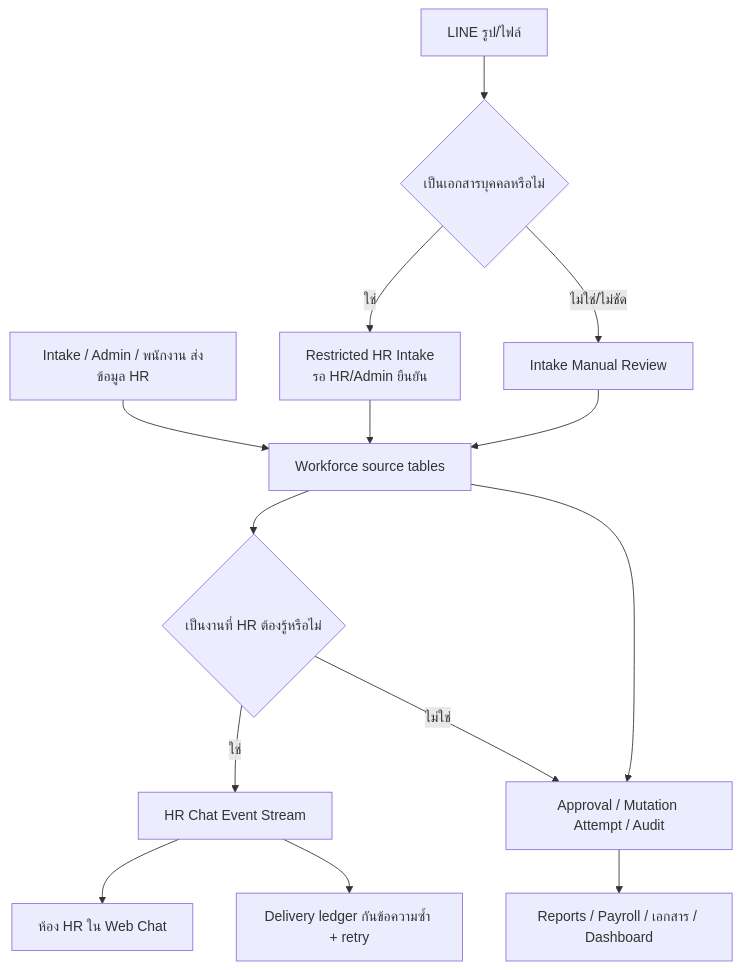
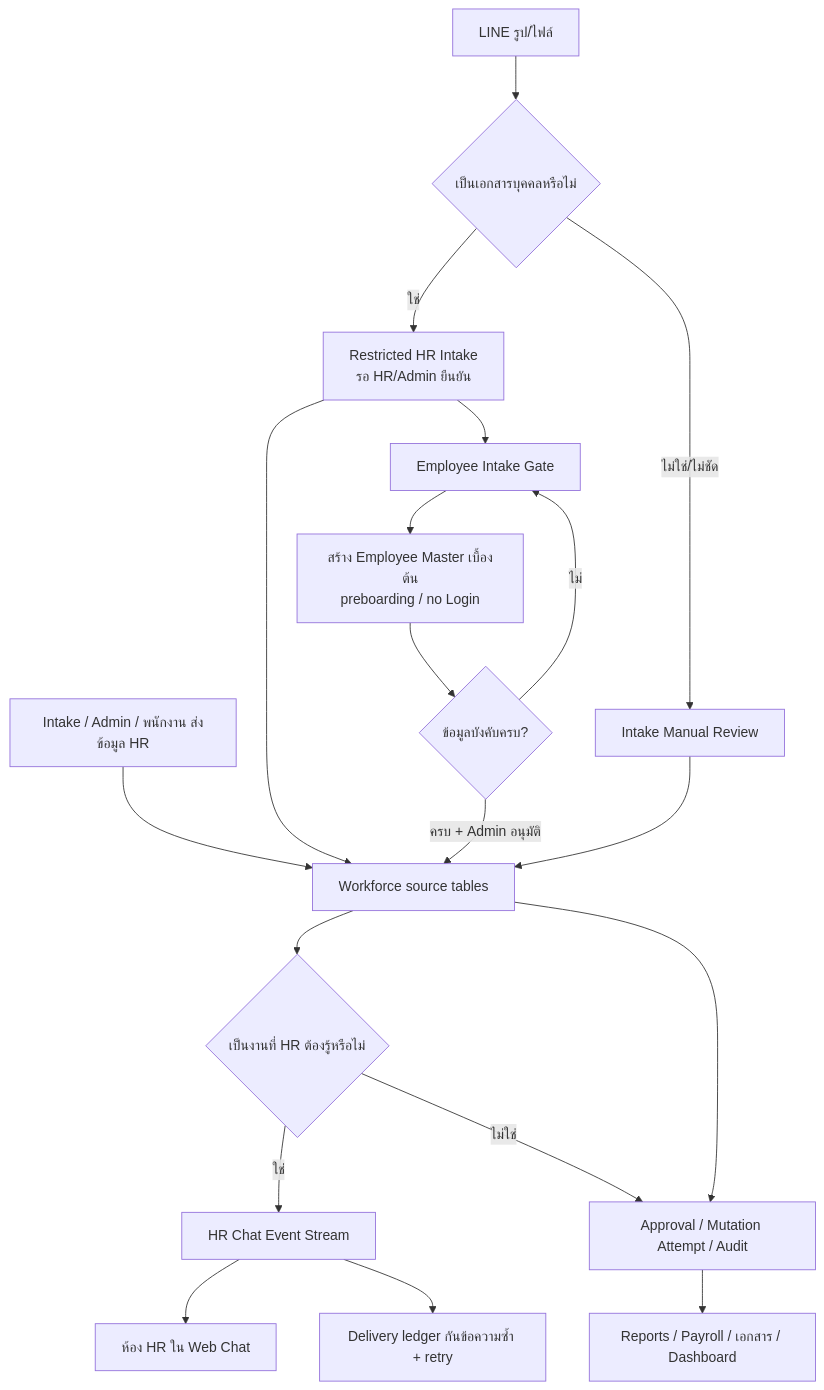
One commit to paramonjong-afk/WisdomAI changed the first of 5 diagrams in docs/WORKFORCE_BACKBONE_FLOW.md. Above: the diagram before and after it, drawn with Mermaid. The commit also changed other lines of this file and 9 other files, not shown here.

Commit message:
feat(hr): add intake preboarding draft flow

````diff
--- a/docs/WORKFORCE_BACKBONE_FLOW.md
+++ b/docs/WORKFORCE_BACKBONE_FLOW.md
@@ -3,16 +3,21 @@
 ```mermaid
 flowchart TD
   A[Intake / Admin / พนักงาน ส่งข้อมูล HR] --> B[Workforce source tables]
   L[LINE รูป/ไฟล์] --> A1{เป็นเอกสารบุคคลหรือไม่}
   A1 -->|ใช่| A2[Restricted HR Intake\nรอ HR/Admin ยืนยัน]
   A1 -->|ไม่ใช่/ไม่ชัด| A3[Intake Manual Review]
   A2 --> B[Workforce source tables]
   A3 --> B
   B --> C{เป็นงานที่ HR ต้องรู้หรือไม่}
   C -->|ใช่| D[HR Chat Event Stream]
   D --> E[ห้อง HR ใน Web Chat]
   B --> F[Approval / Mutation Attempt / Audit]
   F --> G[Reports / Payroll / เอกสาร / Dashboard]
   C -->|ไม่ใช่| F
   D --> H[Delivery ledger กันข้อความซ้ำ + retry]
+  A2 --> I[Employee Intake Gate]
+  I --> J[สร้าง Employee Master เบื้องต้น\npreboarding / no Login]
+  J --> K{ข้อมูลบังคับครบ?}
+  K -->|ไม่| I
+  K -->|ครบ + Admin อนุมัติ| B
 ```
````
